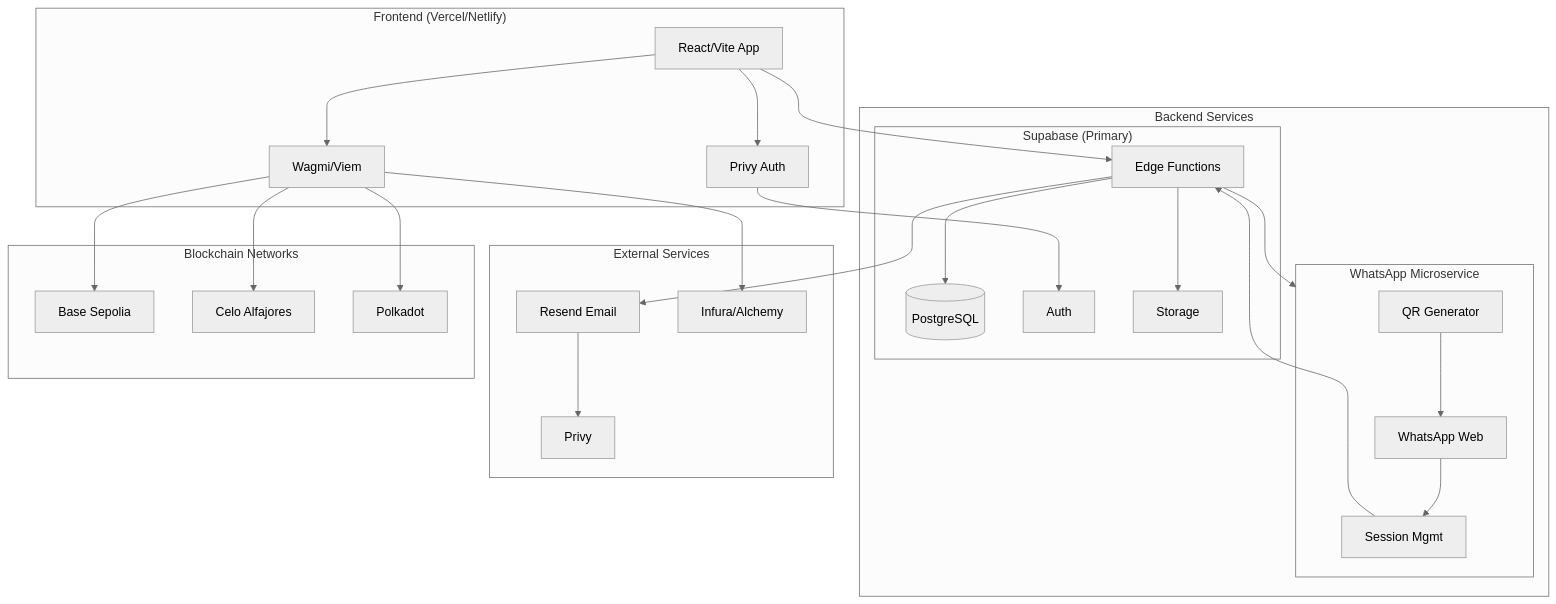
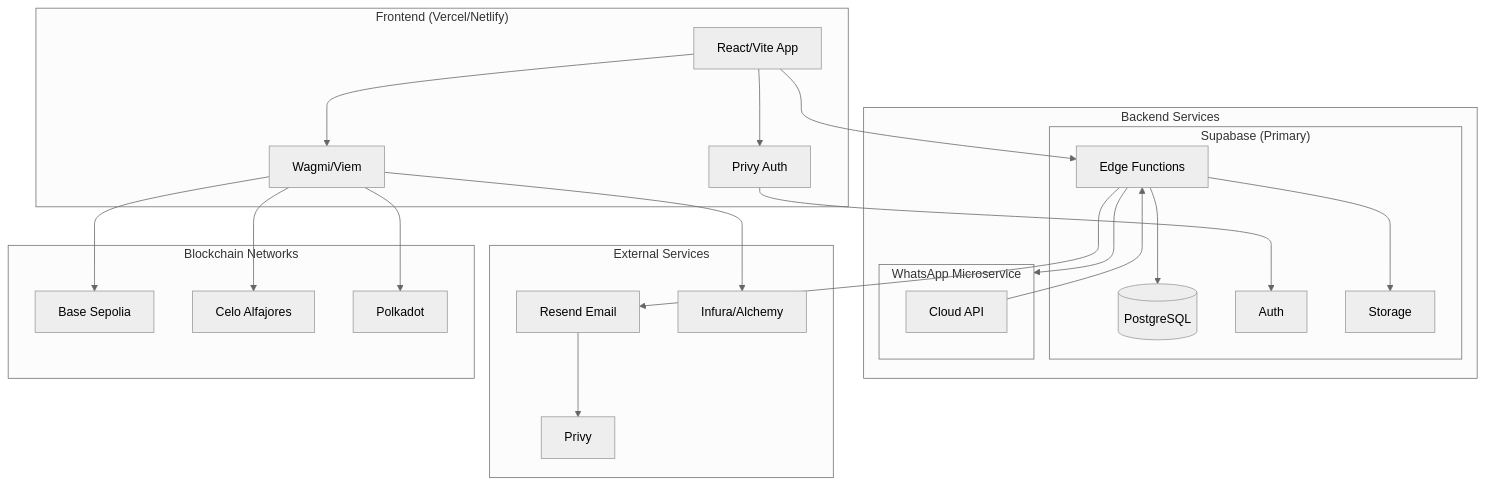
Before and after one commit to Mosss-OS/Peys_OS: the first of 8 diagrams in README.md, drawn with Mermaid (neutral theme). The commit also changed other lines of this file, not shown here.

First line of the commit message:
feat: consolidate backends to Supabase Edge Functions (#24)

````diff
--- a/README.md
+++ b/README.md
@@ -11,52 +11,48 @@
 ```mermaid
 flowchart TB
     subgraph Frontend["Frontend (Vercel/Netlify)"]
         UI[React/Vite App]
         Auth[Privy Auth]
         Wallet[Wagmi/Viem]
     end
 
     subgraph Backend["Backend Services"]
         subgraph Supabase["Supabase (Primary)"]
             DB[(PostgreSQL)]
             Auth_Supabase[Auth]
             EdgeFuncs[Edge Functions]
             Storage[Storage]
         end
         
         subgraph WhatsApp["WhatsApp Microservice"]
-            QR[QR Generator]
-            WA_Web[WhatsApp Web]
-            Session[Session Mgmt]
+            Cloud_API[Cloud API]
         end
     end
 
     subgraph External["External Services"]
         Email[Resend Email]
         RPC[Infura/Alchemy]
         Privy[Privy]
     end
 
     subgraph Blockchain["Blockchain Networks"]
         Base[Base Sepolia]
         Celo[Celo Alfajores]
         Polkadot[Polkadot]
     end
 
     UI --> Auth
     UI --> Wallet
     UI --> EdgeFuncs
     Auth --> Auth_Supabase
     Wallet --> RPC
     Wallet --> Base
     Wallet --> Celo
     Wallet --> Polkadot
     EdgeFuncs --> DB
     EdgeFuncs --> Storage
     EdgeFuncs --> Email
     EdgeFuncs --> WhatsApp
-    QR --> WA_Web
-    WA_Web --> Session
-    Session --> EdgeFuncs
+    Cloud_API --> EdgeFuncs
     Email --> Privy
 ```
````
